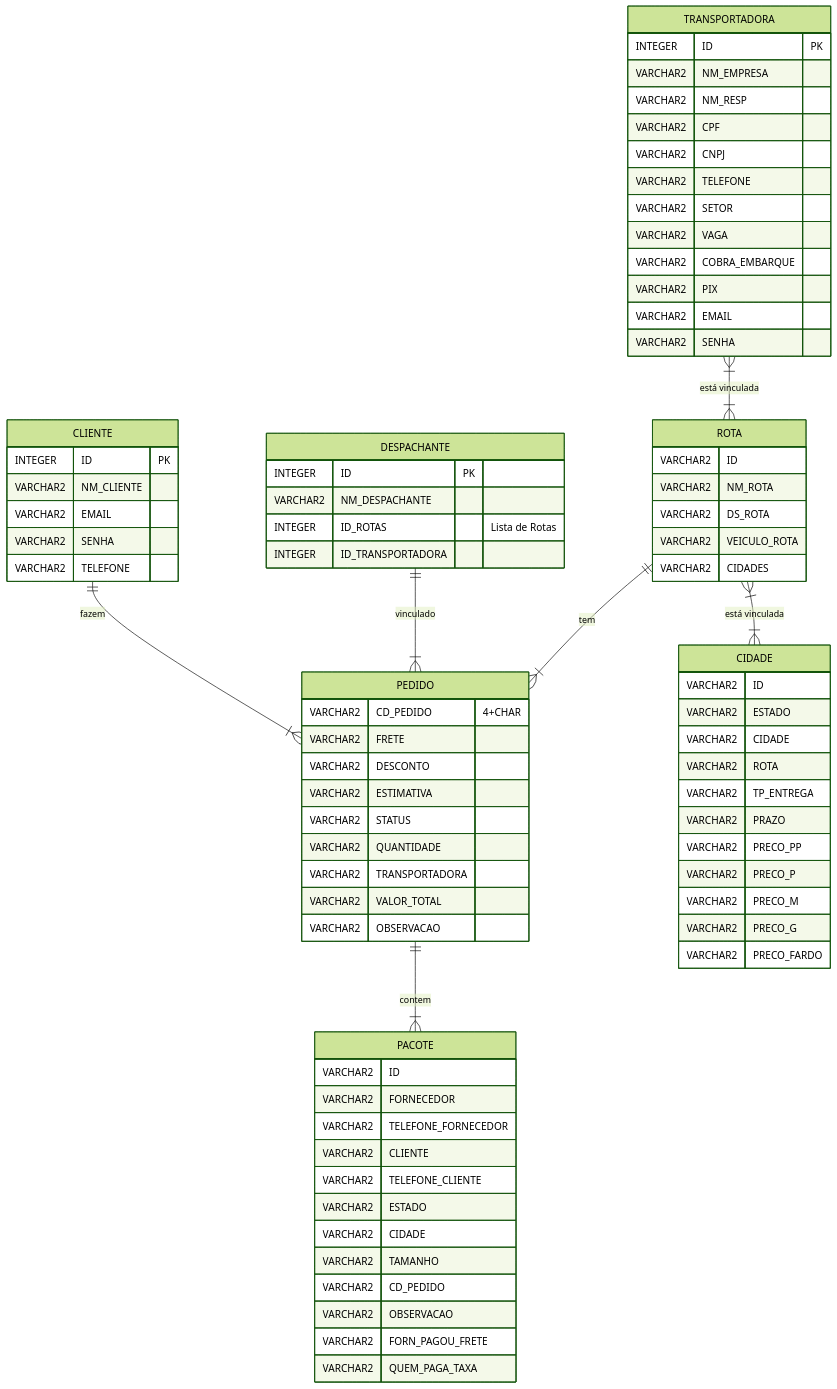
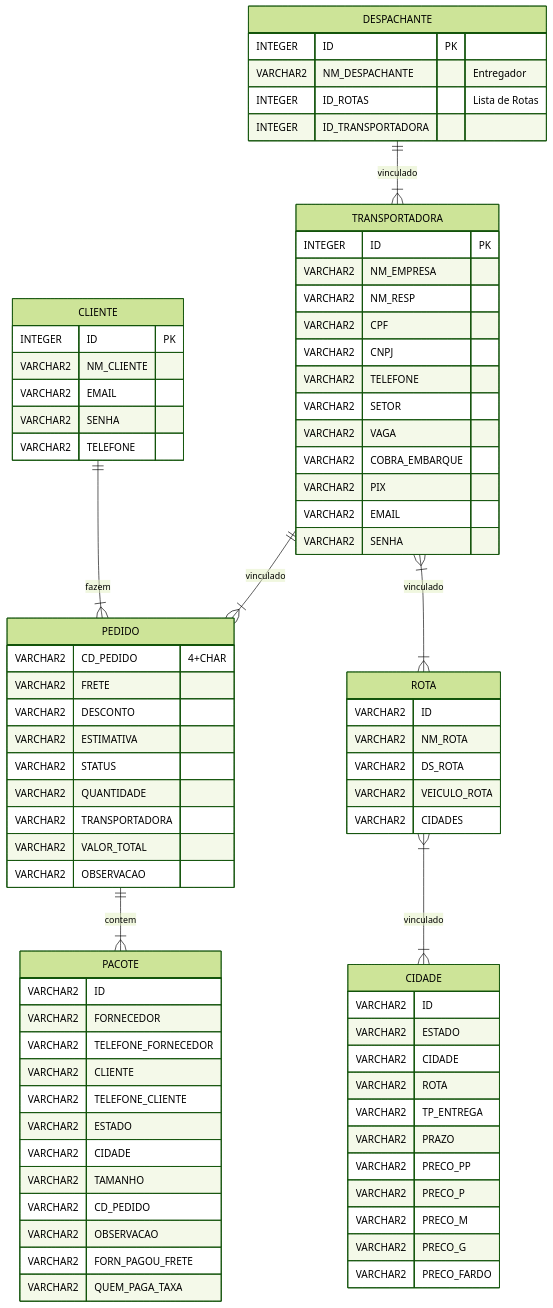
One commit to EntregaMais/Entrega-Mais-Ruby-on-Rails changed the second of 2 diagrams in README.md. Above: the diagram before and after it, drawn with Mermaid (forest theme). The commit also changed other lines of this file, not shown here.

First line of the commit message:
feat: modificado modelo ER

````diff
--- a/README.md
+++ b/README.md
@@ -72,10 +104,11 @@
 	%% RELACIONAMENTOS
 	CLIENTE ||--|{  PEDIDO : "fazem"
 	PEDIDO ||--|{ PACOTE : "contem"
-	DESPACHANTE ||--|{ PEDIDO : "vinculado"
-	ROTA ||--|{ PEDIDO : "tem"
-	TRANSPORTADORA }|--|{ ROTA : "está vinculada"
-	ROTA }|--|{ CIDADE : "está vinculada"
+	DESPACHANTE ||--|{ TRANSPORTADORA : "vinculado"
+	%%ROTA ||--|{ PEDIDO : "tem"
+	TRANSPORTADORA ||--|{ PEDIDO : "vinculado"
+	TRANSPORTADORA }|--|{ ROTA : "vinculado"
+	ROTA }|--|{ CIDADE : "vinculado"
 
 	%% ATRIBUTOS
 	CLIENTE {
@@ -88,7 +121,7 @@
 
 	DESPACHANTE {
 		INTEGER ID PK
-		VARCHAR2 NM_DESPACHANTE
+		VARCHAR2 NM_DESPACHANTE "Entregador"
 		INTEGER ID_ROTAS "Lista de Rotas"
 		INTEGER ID_TRANSPORTADORA
 	}
@@ -157,6 +190,4 @@
 		VARCHAR2 QUEM_PAGA_TAXA
 	}
 
-
-
 ```
````
